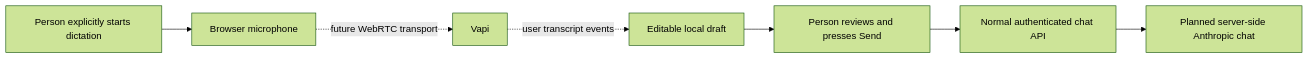
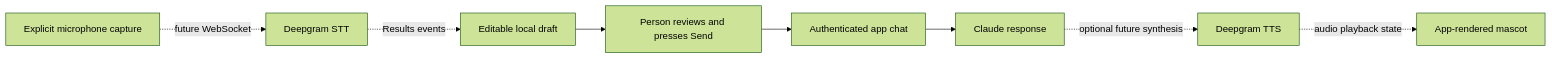
One commit to RaegenDyer/Dartmouth-Hackathon changed the diagram in docs/voice.md. Above: the diagram before and after it, drawn with Mermaid (forest theme). The commit also changed other lines of this file and 13 other files, not shown here.

Commit message:
Switch optional speech foundation to Deepgram and record creature mascot direction

````diff
--- a/docs/voice.md
+++ b/docs/voice.md
@@ -23,9 +42,10 @@
 ```mermaid
 flowchart LR
-  Person[Person explicitly starts dictation] --> Browser[Browser microphone]
-  Browser -. future WebRTC transport .-> Vapi[Vapi]
-  Vapi -. user transcript events .-> Draft[Editable local draft]
+  Mic[Explicit microphone capture] -. future WebSocket .-> STT[Deepgram STT]
+  STT -. Results events .-> Draft[Editable local draft]
   Draft --> Review[Person reviews and presses Send]
-  Review --> API[Normal authenticated chat API]
-  API --> Claude[Planned server-side Anthropic chat]
+  Review --> API[Authenticated app chat]
+  API --> Claude[Claude response]
+  Claude -. optional future synthesis .-> TTS[Deepgram TTS]
+  TTS -. audio playback state .-> Mascot[App-rendered mascot]
 ```
````
